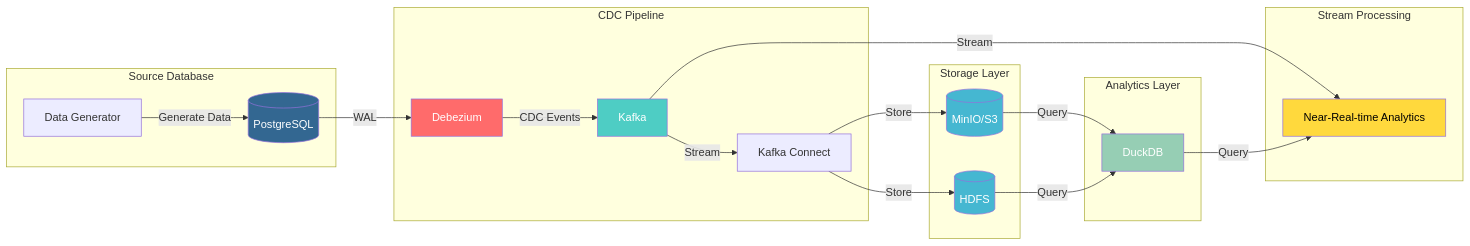
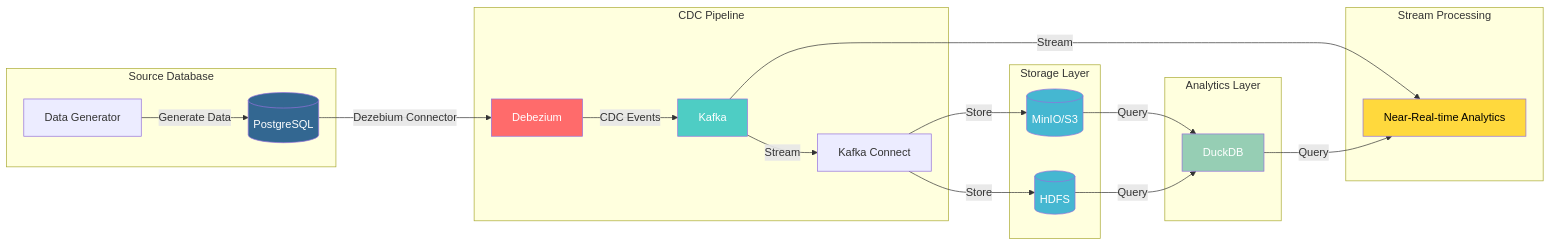
The diagram in README.md (vengleab/near-realt-ime-anaytics), drawn with Mermaid before and after one commit. The commit also changed other lines of this file, not shown here.

````diff
--- a/README.md
+++ b/README.md
@@ -16,49 +16,49 @@
 ```mermaid
 graph LR
     subgraph "Source Database"
         PG[(PostgreSQL)]
         DG[Data Generator]
     end
 
     subgraph "CDC Pipeline"
         DBZ[Debezium]
         KF[Kafka]
         KFC[Kafka Connect]
     end
 
     subgraph "Storage Layer"
         MINIO[(MinIO/S3)]
         HDFS[(HDFS)]
     end
 
     subgraph "Analytics Layer"
         DUCK[DuckDB]
     end
 
 
     subgraph "Stream Processing"
         RT[Near-Real-time Analytics]
         style RT fill:#FFD93D,color:black
     end
 
     %% Data Flow
-    PG -->|WAL| DBZ
+    PG -->|Dezebium Connector| DBZ
     DG -->|Generate Data| PG
     DBZ -->|CDC Events| KF
     KF -->|Stream| KFC
     KF -->|Stream| RT
     KFC -->|Store| MINIO
     KFC -->|Store| HDFS
     MINIO -->|Query| DUCK
     HDFS -->|Query| DUCK
     DUCK -->|Query| RT
 
     %% Styling
     style PG fill:#336791,color:white
     style DBZ fill:#FF6B6B,color:white
     style KF fill:#4ECDC4,color:white
     style MINIO fill:#45B7D1,color:white
     style HDFS fill:#45B7D1,color:white
     style DUCK fill:#96CEB4,color:white
 
 ```
````
